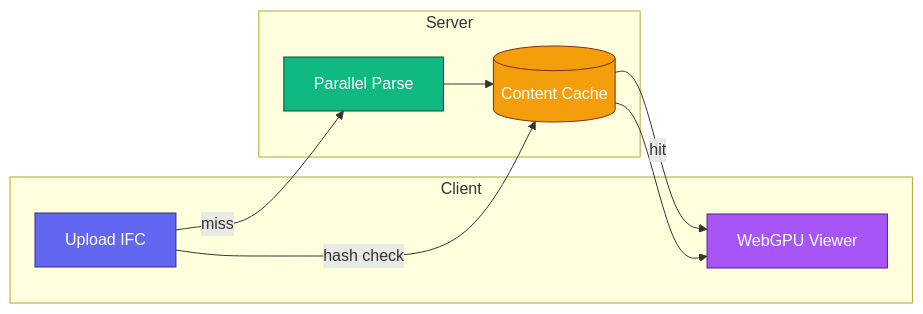
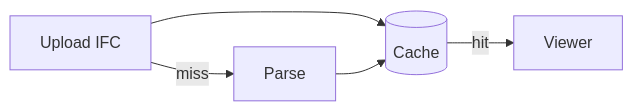
The third of 3 diagrams in docs/index.md (louistrue/ifc-lite), drawn with Mermaid before and after one commit. The commit also changed other lines of this file and 3 other files, not shown here.

````diff
--- a/docs/index.md
+++ b/docs/index.md
@@ -111,23 +88,7 @@
     ```mermaid
     flowchart LR
-        subgraph Client
-            Upload[Upload IFC]
-            Viewer[WebGPU Viewer]
-        end
-
-        subgraph Server
-            Parse[Parallel Parse]
-            Cache[(Content Cache)]
-        end
-
-        Upload -->|hash check| Cache
-        Cache -->|hit| Viewer
-        Upload -->|miss| Parse
+        Upload[Upload IFC] --> Cache[(Cache)]
+        Cache -->|hit| Viewer[Viewer]
+        Upload -->|miss| Parse[Parse]
         Parse --> Cache
-        Cache --> Viewer
-
-        style Upload fill:#6366f1,stroke:#312e81,color:#fff
-        style Parse fill:#10b981,stroke:#064e3b,color:#fff
-        style Cache fill:#f59e0b,stroke:#7c2d12,color:#fff
-        style Viewer fill:#a855f7,stroke:#581c87,color:#fff
     ```
````
